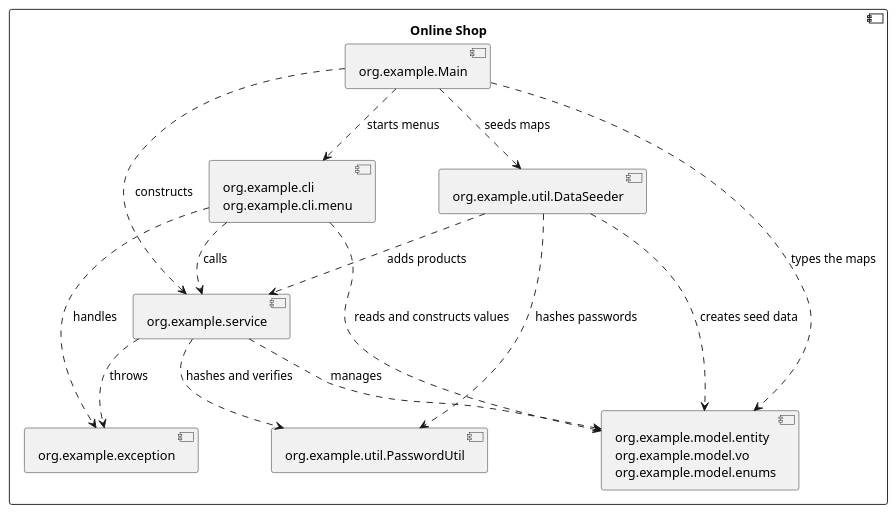
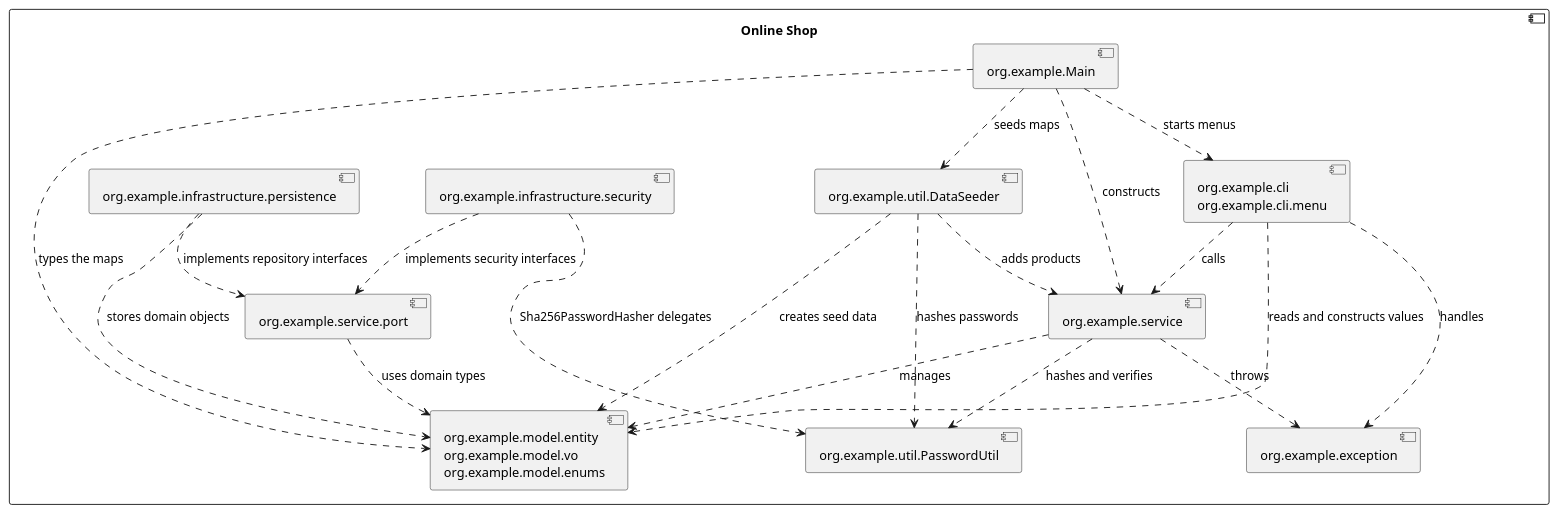
Before and after one commit to Mohammad-Aali-aut/online-shop-java: the diagram in docs/uml/plantuml/04-component.puml, drawn with PlantUML. The commit also changed 6 other files, not shown here.

Commit message:
docs: align UML diagrams with member-1 changes

```diff
--- a/docs/uml/plantuml/04-component.puml
+++ b/docs/uml/plantuml/04-component.puml
@@ -1,27 +1,35 @@
 @startuml
 skinparam shadowing false
 
 component "Online Shop" as app {
   component "org.example.Main" as Main
   component "org.example.cli\norg.example.cli.menu" as cli
   component "org.example.service" as services
+  component "org.example.service.port" as ports
+  component "org.example.infrastructure.persistence" as persistence
+  component "org.example.infrastructure.security" as security
   component "org.example.model.entity\norg.example.model.vo\norg.example.model.enums" as model
   component "org.example.exception" as exceptions
   component "org.example.util.DataSeeder" as DataSeeder
   component "org.example.util.PasswordUtil" as PasswordUtil
 }
 
 Main ..> cli : starts menus
 Main ..> services : constructs
 Main ..> model : types the maps
 Main ..> DataSeeder : seeds maps
 DataSeeder ..> services : adds products
 DataSeeder ..> model : creates seed data
 DataSeeder ..> PasswordUtil : hashes passwords
 cli ..> services : calls
 cli ..> model : reads and constructs values
 cli ..> exceptions : handles
 services ..> model : manages
 services ..> exceptions : throws
 services ..> PasswordUtil : hashes and verifies
+persistence ..> ports : implements repository interfaces
+persistence ..> model : stores domain objects
+security ..> ports : implements security interfaces
+security ..> PasswordUtil : Sha256PasswordHasher delegates
+ports ..> model : uses domain types
 @enduml
```
